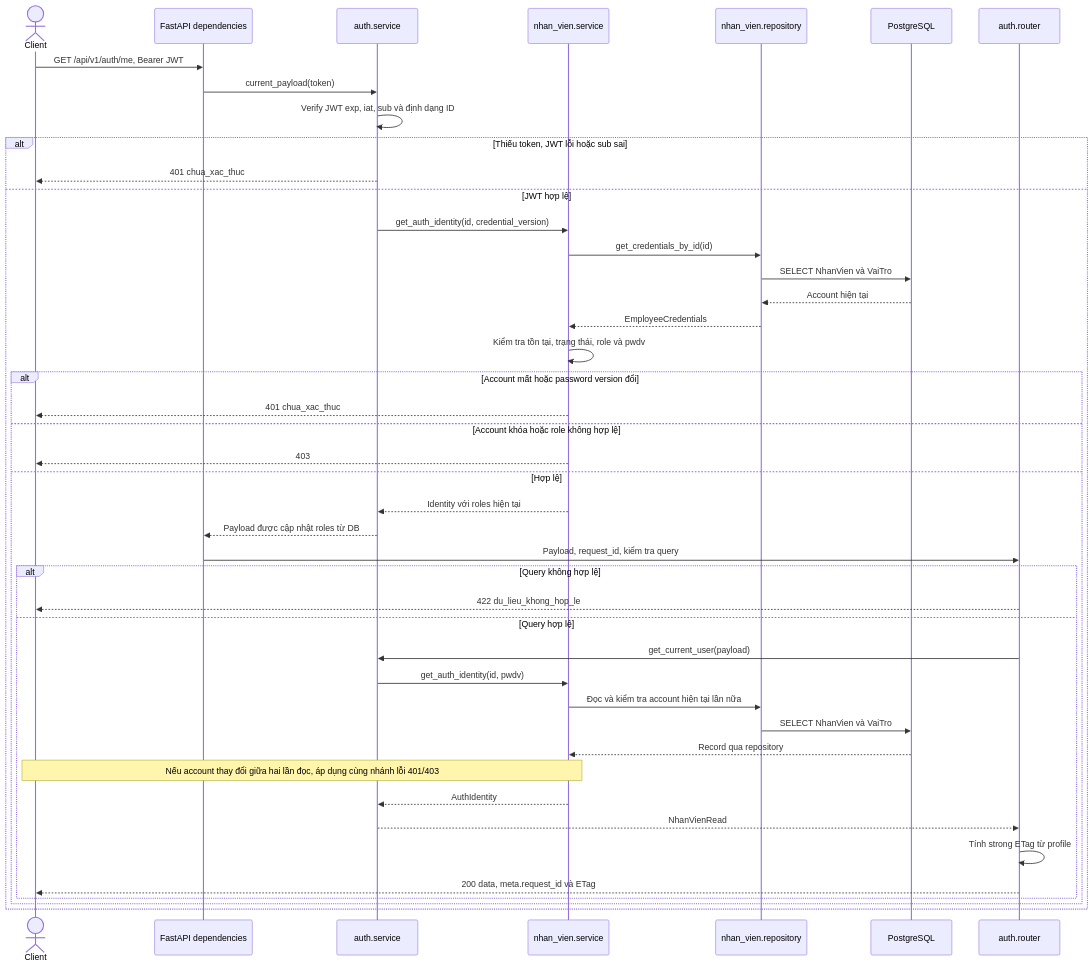
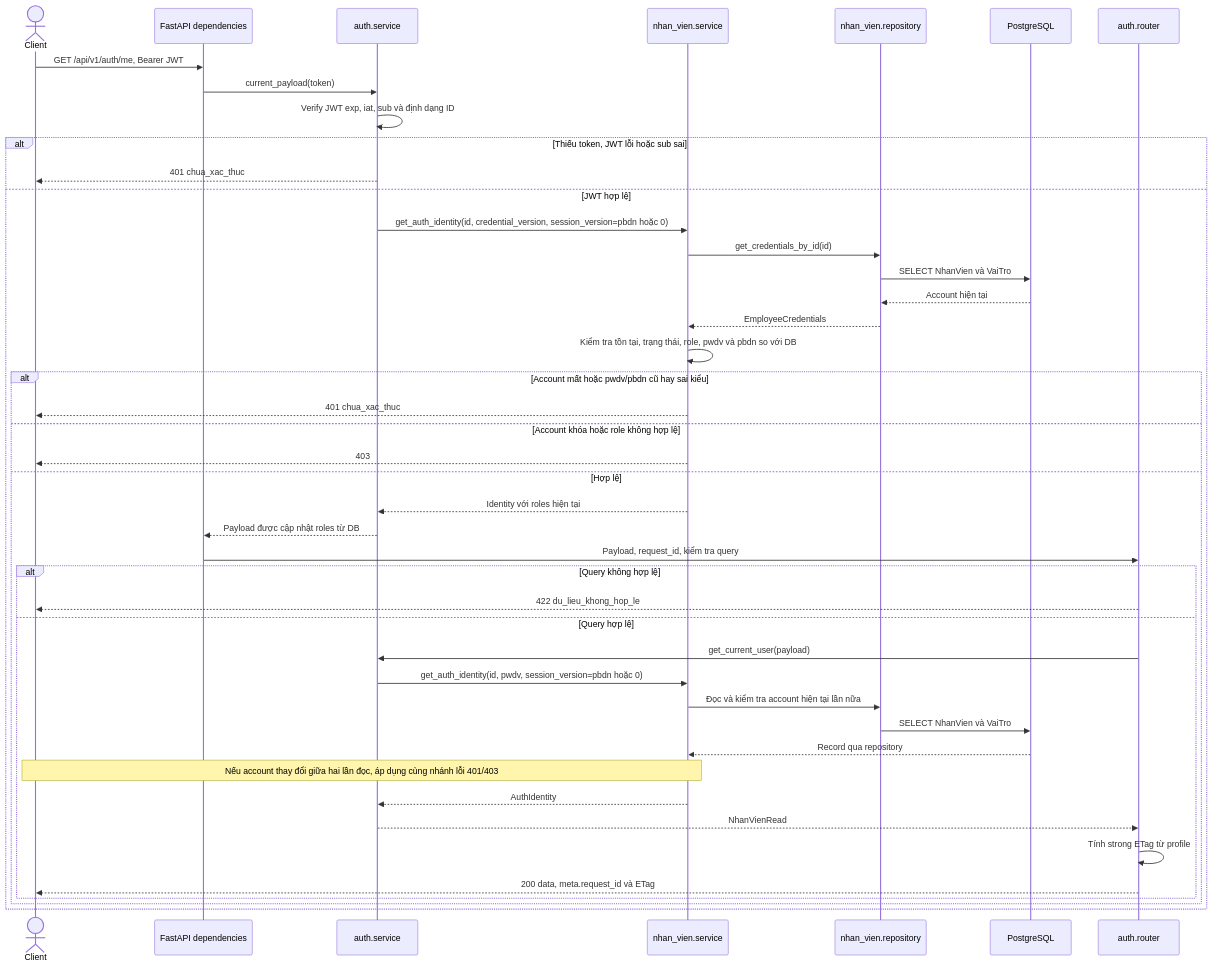
One commit to thanhklt/xbike-mrp-system changed the third of 4 diagrams in docs/sequence/auth.md. Above: the diagram before and after it, drawn with Mermaid. The commit also changed other lines of this file and 14 other files, not shown here.

````diff
--- a/docs/sequence/auth.md
+++ b/docs/sequence/auth.md
@@ -130,46 +132,46 @@
 ```mermaid
 sequenceDiagram
     actor C as Client
     participant D as FastAPI dependencies
     participant A as auth.service
     participant N as nhan_vien.service
     participant P as nhan_vien.repository
     participant DB as PostgreSQL
     participant R as auth.router
     C->>D: GET /api/v1/auth/me, Bearer JWT
     D->>A: current_payload(token)
     A->>A: Verify JWT exp, iat, sub và định dạng ID
     alt Thiếu token, JWT lỗi hoặc sub sai
         A-->>C: 401 chua_xac_thuc
     else JWT hợp lệ
-        A->>N: get_auth_identity(id, credential_version)
+        A->>N: get_auth_identity(id, credential_version, session_version=pbdn hoặc 0)
         N->>P: get_credentials_by_id(id)
         P->>DB: SELECT NhanVien và VaiTro
         DB-->>P: Account hiện tại
         P-->>N: EmployeeCredentials
-        N->>N: Kiểm tra tồn tại, trạng thái, role và pwdv
-        alt Account mất hoặc password version đổi
+        N->>N: Kiểm tra tồn tại, trạng thái, role, pwdv và pbdn so với DB
+        alt Account mất hoặc pwdv/pbdn cũ hay sai kiểu
             N-->>C: 401 chua_xac_thuc
         else Account khóa hoặc role không hợp lệ
             N-->>C: 403
         else Hợp lệ
             N-->>A: Identity với roles hiện tại
             A-->>D: Payload được cập nhật roles từ DB
             D->>R: Payload, request_id, kiểm tra query
             alt Query không hợp lệ
                 R-->>C: 422 du_lieu_khong_hop_le
             else Query hợp lệ
                 R->>A: get_current_user(payload)
-                A->>N: get_auth_identity(id, pwdv)
+                A->>N: get_auth_identity(id, pwdv, session_version=pbdn hoặc 0)
                 N->>P: Đọc và kiểm tra account hiện tại lần nữa
                 P->>DB: SELECT NhanVien và VaiTro
                 DB-->>N: Record qua repository
                 Note over N,C: Nếu account thay đổi giữa hai lần đọc, áp dụng cùng nhánh lỗi 401/403
                 N-->>A: AuthIdentity
                 A-->>R: NhanVienRead
                 R->>R: Tính strong ETag từ profile
                 R-->>C: 200 data, meta.request_id và ETag
             end
         end
     end
 ```
````
